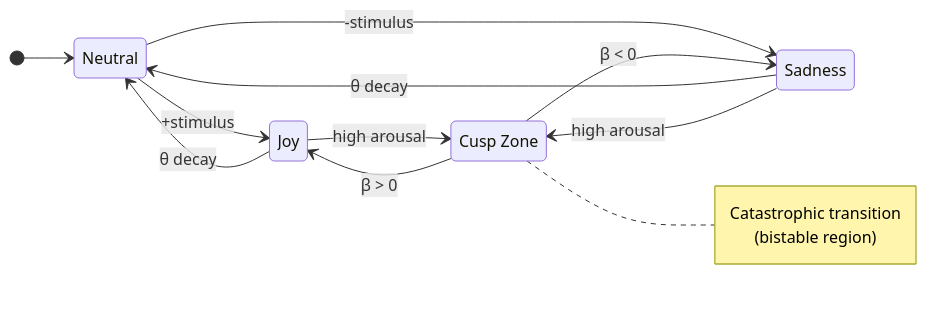
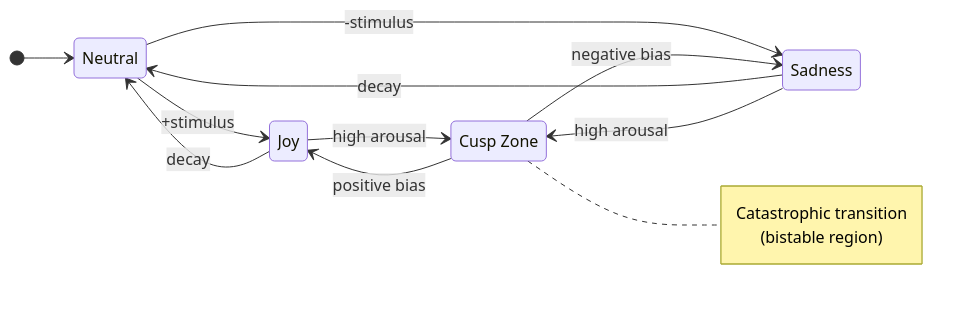
Before and after one commit to gabrielmaialva33/viva: the second of 2 diagrams in docs/en/README.md, drawn with Mermaid. The commit also changed other lines of this file and 4 other files, not shown here.

````diff
--- a/docs/en/README.md
+++ b/docs/en/README.md
@@ -47,21 +45,21 @@
 ```mermaid
 stateDiagram-v2
     direction LR
     [*] --> Neutral
 
     Neutral --> Joy: +stimulus
     Neutral --> Sadness: -stimulus
-    Joy --> Neutral: θ decay
-    Sadness --> Neutral: θ decay
+    Joy --> Neutral: decay
+    Sadness --> Neutral: decay
 
     state "Cusp Zone" as Cusp
     Joy --> Cusp: high arousal
     Sadness --> Cusp: high arousal
-    Cusp --> Joy: β > 0
-    Cusp --> Sadness: β < 0
+    Cusp --> Joy: positive bias
+    Cusp --> Sadness: negative bias
 
     note right of Cusp
         Catastrophic transition
         (bistable region)
     end note
 ```
````
